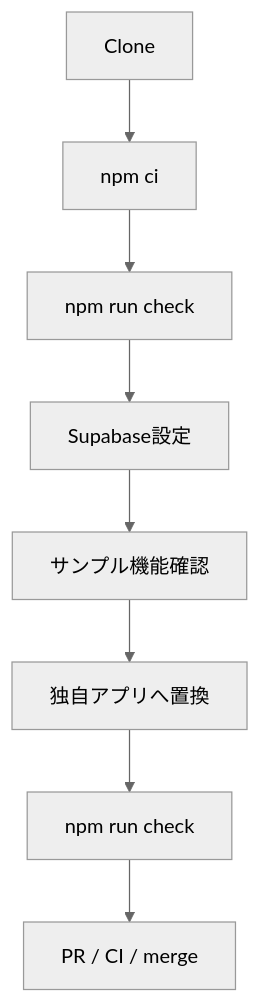
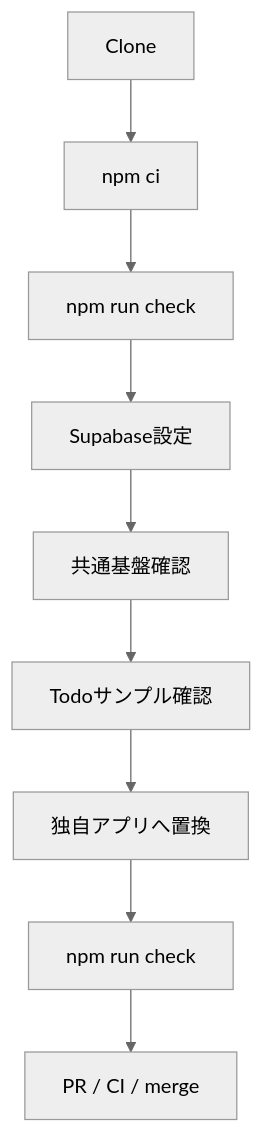
One commit to k-systems202208/nextjs-supabase-vercel-webapp-template changed the first of 8 diagrams in GETTING-STARTED.md. Above: the diagram before and after it, drawn with Mermaid (neutral theme). The commit also changed other lines of this file and 15 other files, not shown here.

````diff
--- a/GETTING-STARTED.md
+++ b/GETTING-STARTED.md
@@ -9,10 +9,11 @@
 ```mermaid
 flowchart TD
     A["Clone"] --> B["npm ci"]
     B --> C["npm run check"]
     C --> D["Supabase設定"]
-    D --> E["サンプル機能確認"]
-    E --> F["独自アプリへ置換"]
-    F --> G["npm run check"]
-    G --> H["PR / CI / merge"]
+    D --> E["共通基盤確認"]
+    E --> F["Todoサンプル確認"]
+    F --> G["独自アプリへ置換"]
+    G --> H["npm run check"]
+    H --> I["PR / CI / merge"]
 ```
````
